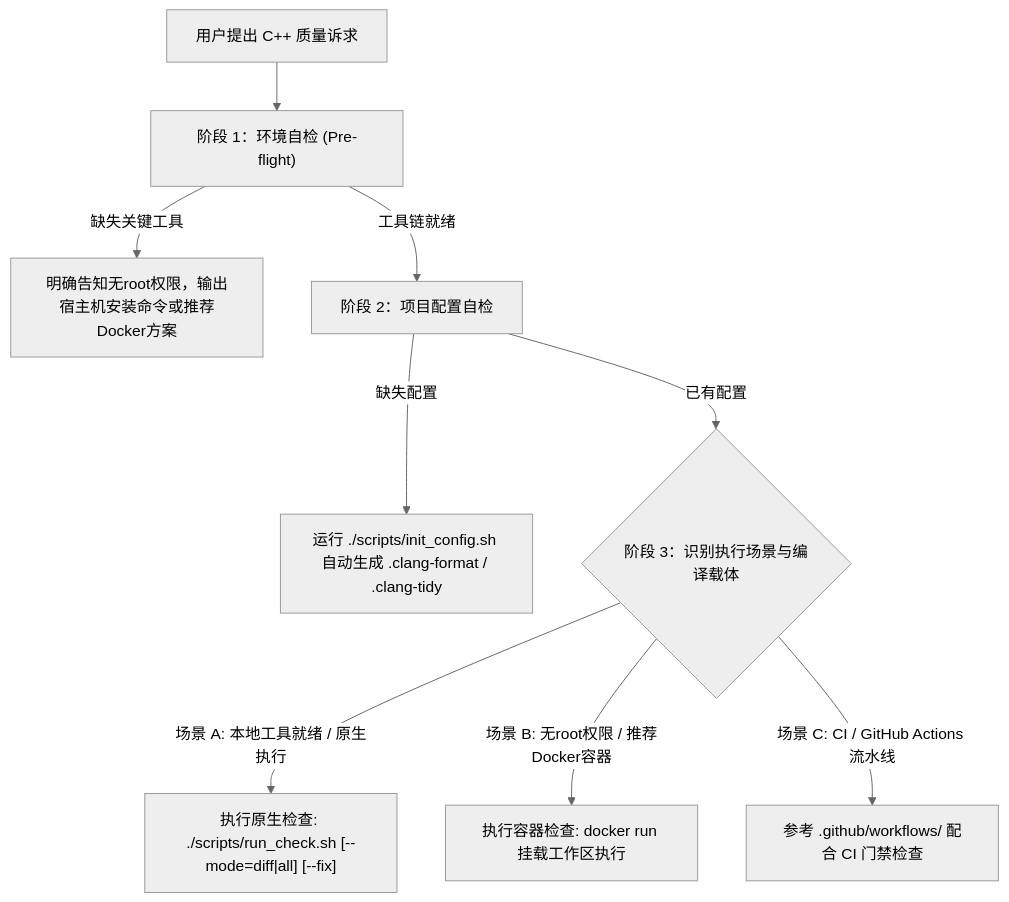
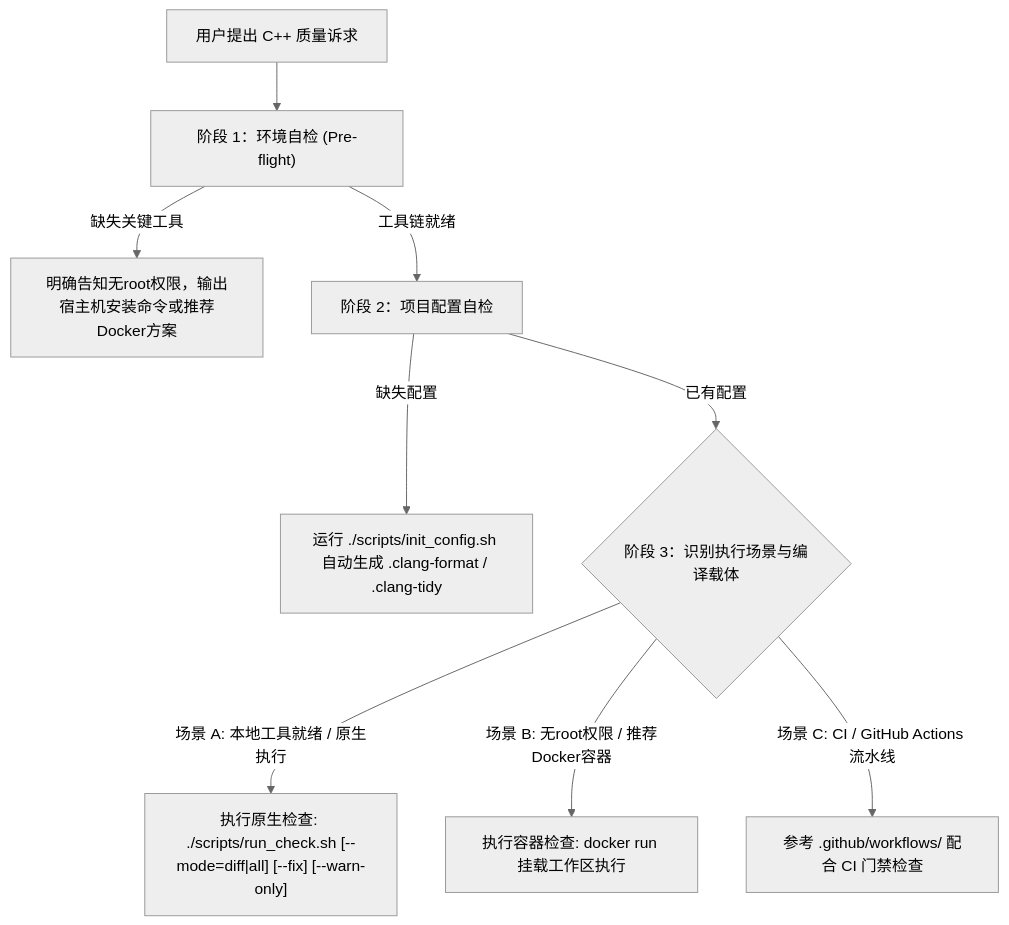
The diagram in .agents/skills/cpp-code-quality/SKILL.md (lilucpp/code-craft), drawn with Mermaid (neutral theme) before and after one commit. The commit also changed other lines of this file and 29 other files, not shown here.

````diff
--- a/.agents/skills/cpp-code-quality/SKILL.md
+++ b/.agents/skills/cpp-code-quality/SKILL.md
@@ -18,13 +18,13 @@
 ```mermaid
 flowchart TD
     A["用户提出 C++ 质量诉求"] --> B["阶段 1：环境自检 (Pre-flight)"]
     B -->|缺失关键工具| B1["明确告知无root权限，输出宿主机安装命令或推荐Docker方案"]
     B -->|工具链就绪| C["阶段 2：项目配置自检"]
     
     C -->|缺失配置| C1["运行 ./scripts/init_config.sh 自动生成 .clang-format / .clang-tidy"]
     C -->|已有配置| D{"阶段 3：识别执行场景与编译载体"}
 
-    D -->|场景 A: 本地工具就绪 / 原生执行| E["执行原生检查: ./scripts/run_check.sh [--mode=diff|all] [--fix]"]
+    D -->|场景 A: 本地工具就绪 / 原生执行| E["执行原生检查: ./scripts/run_check.sh [--mode=diff|all] [--fix] [--warn-only]"]
     D -->|场景 B: 无root权限 / 推荐Docker容器| F["执行容器检查: docker run 挂载工作区执行"]
     D -->|场景 C: CI / GitHub Actions 流水线| G["参考 .github/workflows/ 配合 CI 门禁检查"]
 ```
````
